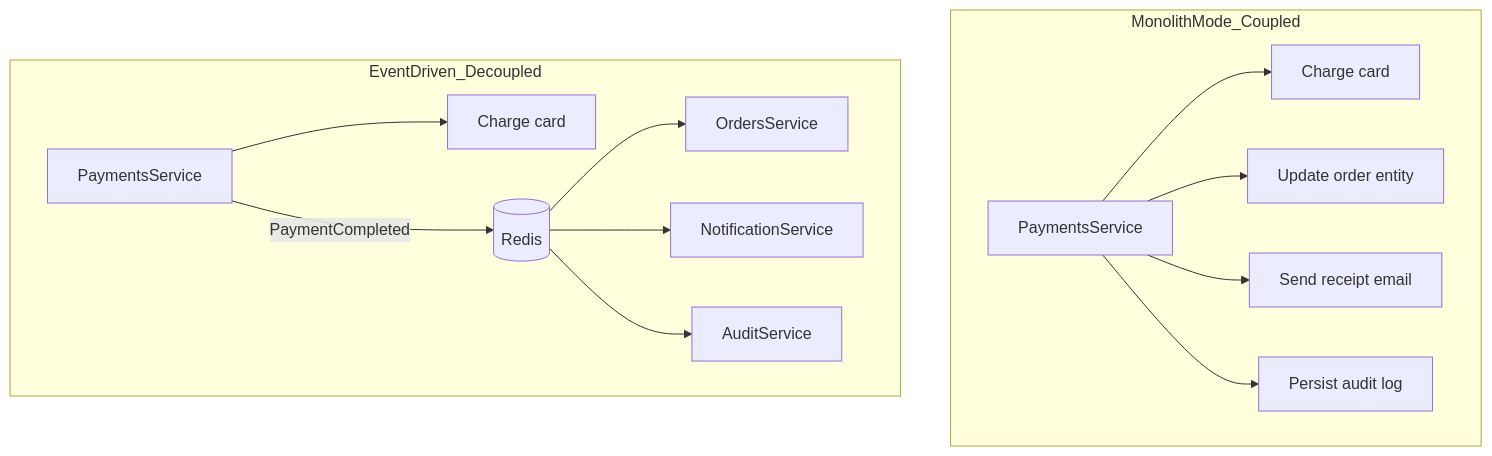
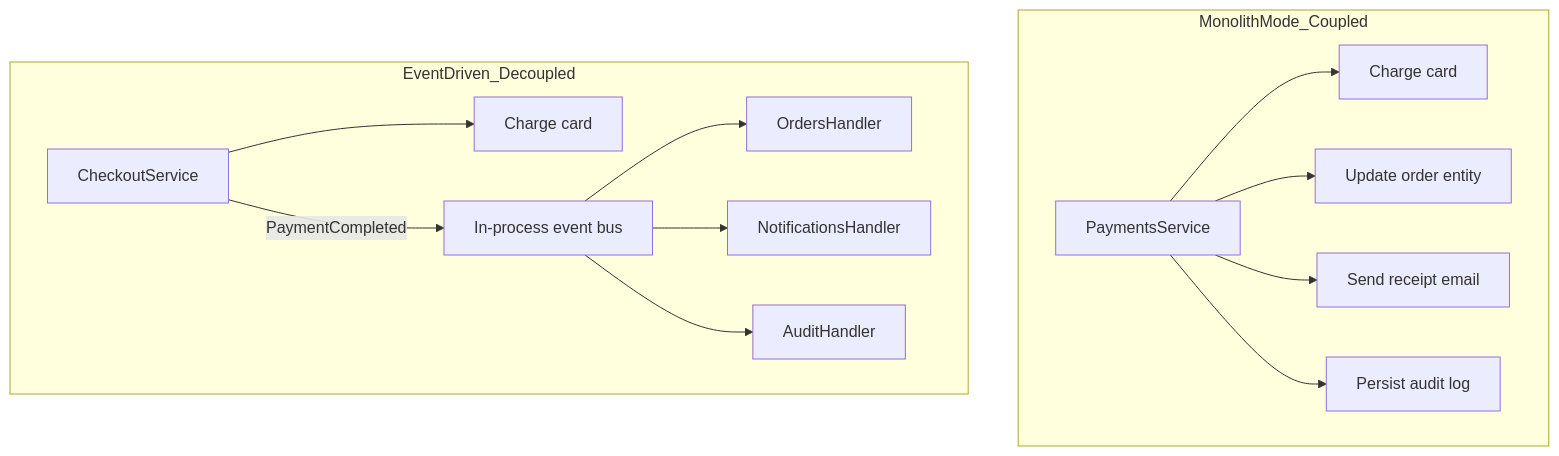
Before and after one commit to mariano48/at-what-cost: the second of 2 diagrams in docs/PLAN.md, drawn with Mermaid. The commit also changed other lines of this file and 29 other files, not shown here.

First line of the commit message:
feat(lab-02): scaffold checkout god-service monolith (Phase 2a)

````diff
--- a/docs/PLAN.md
+++ b/docs/PLAN.md
@@ -93,16 +93,16 @@
 ```mermaid
 flowchart TB
   subgraph monolith [MonolithMode_Coupled]
     Pay1[PaymentsService] --> Charge1[Charge card]
     Pay1 --> Update1[Update order entity]
     Pay1 --> Mail1[Send receipt email]
     Pay1 --> Audit1[Persist audit log]
   end
   subgraph events [EventDriven_Decoupled]
-    Pay2[PaymentsService] --> Charge2[Charge card]
-    Pay2 -->|PaymentCompleted| Broker[(Redis)]
-    Broker --> Orders[OrdersService]
-    Broker --> Notify[NotificationService]
-    Broker --> Audit[AuditService]
+    Pay2[CheckoutService] --> Charge2[Charge card]
+    Pay2 -->|PaymentCompleted| Bus["In-process event bus"]
+    Bus --> Orders[OrdersHandler]
+    Bus --> Notify[NotificationsHandler]
+    Bus --> Audit[AuditHandler]
   end
 ```
````
